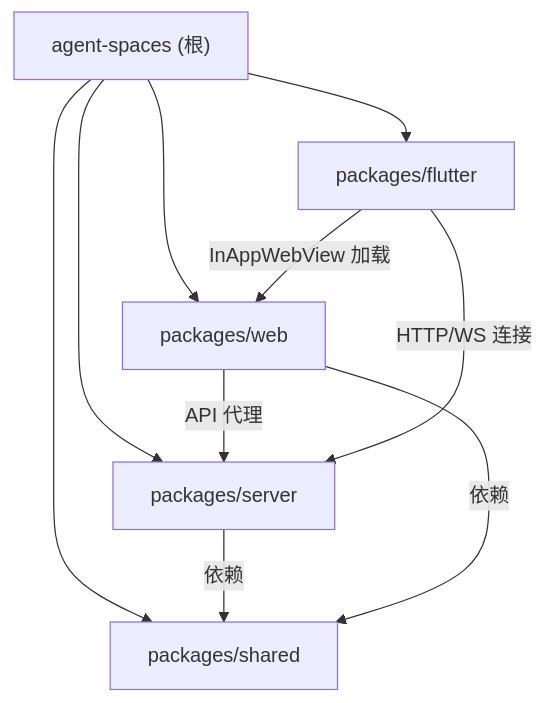
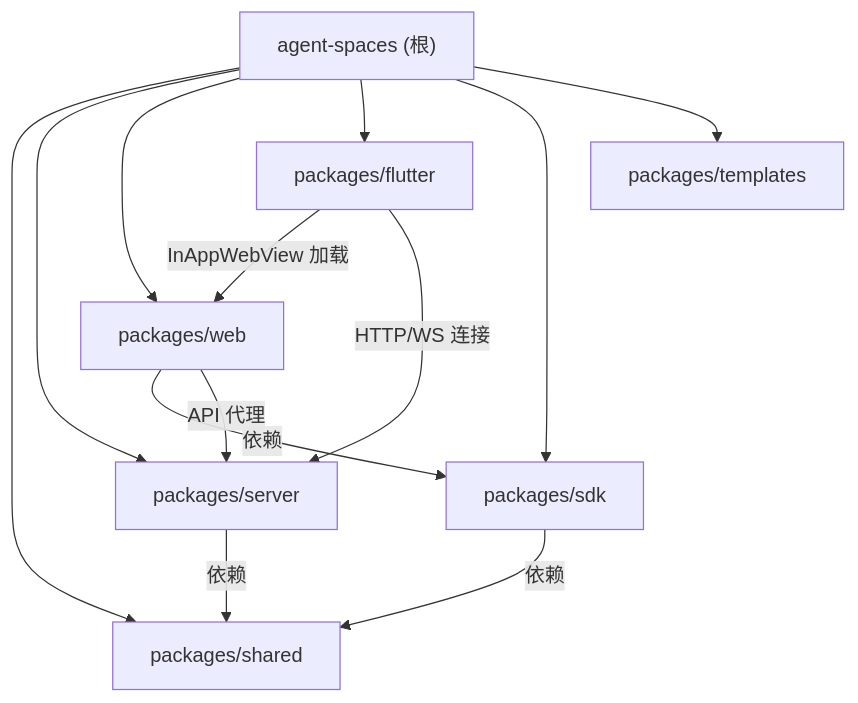
The diagram in CLAUDE.md (zczy-k/agent-spaces), drawn with Mermaid before and after one commit. The commit also changed other lines of this file and 14 other files, not shown here.

````diff
--- a/CLAUDE.md
+++ b/CLAUDE.md
@@ -109,18 +113,23 @@
 ```mermaid
 graph TD
     A["agent-spaces (根)"] --> B["packages/shared"]
     A --> C["packages/server"]
     A --> D["packages/web"]
     A --> E["packages/flutter"]
+    A --> F["packages/sdk"]
+    A --> G["packages/templates"]
 
     C -->|"依赖"| B
-    D -->|"依赖"| B
+    F -->|"依赖"| B
+    D -->|"依赖"| F
     D -->|"API 代理"| C
     E -->|"InAppWebView 加载"| D
     E -->|"HTTP/WS 连接"| C
 
     click B "./packages/shared/CLAUDE.md" "查看 shared 模块文档"
     click C "./packages/server/CLAUDE.md" "查看 server 模块文档"
     click D "./packages/web/CLAUDE.md" "查看 web 模块文档"
     click E "./packages/flutter/CLAUDE.md" "查看 flutter 模块文档"
+    click F "./packages/sdk/CLAUDE.md" "查看 sdk 模块文档"
+    click G "./packages/templates/CLAUDE.md" "查看 templates 模块文档"
 ```
````
